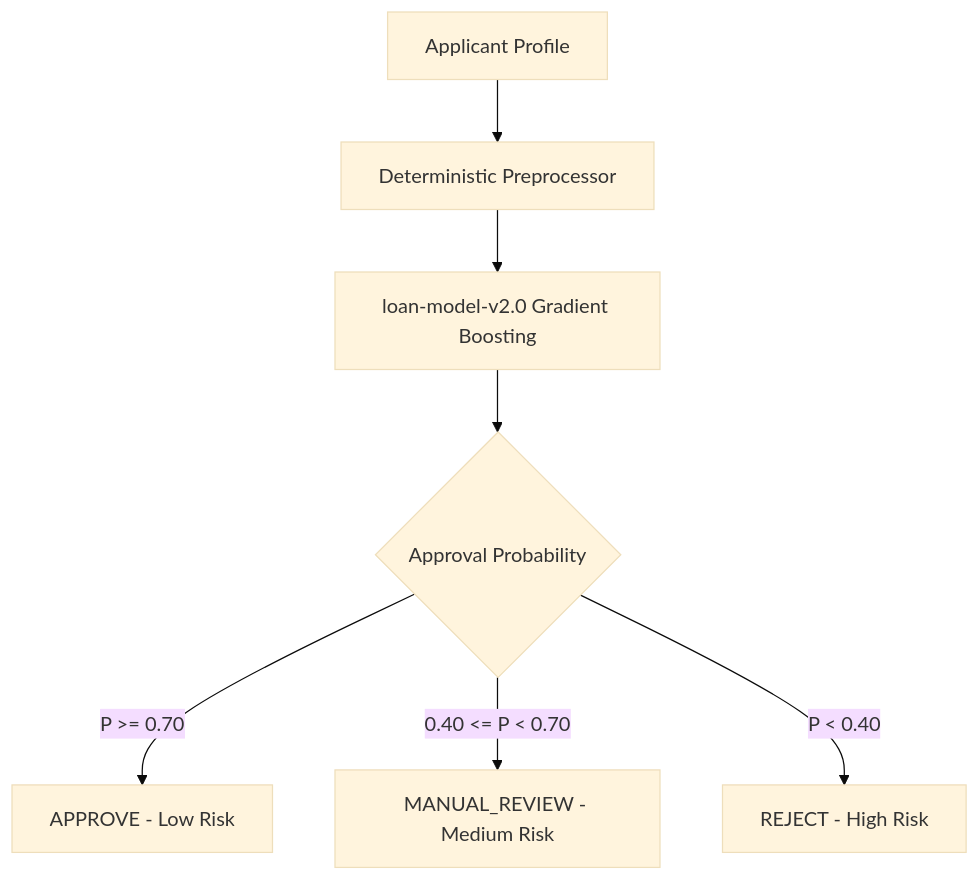
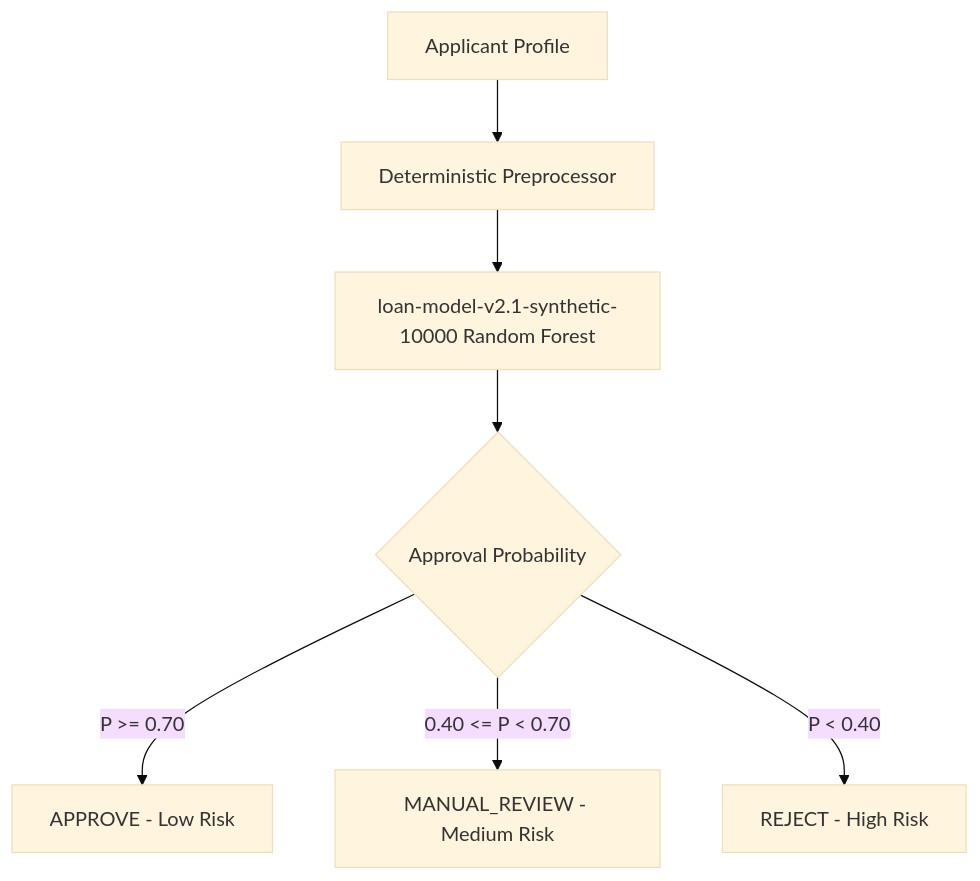
The diagram in docs/MODEL_EXPLAINABILITY.md (himanshu-sharma27/CrediWise), drawn with Mermaid (base theme) before and after one commit. The commit also changed other lines of this file and 32 other files, not shown here.

````diff
--- a/docs/MODEL_EXPLAINABILITY.md
+++ b/docs/MODEL_EXPLAINABILITY.md
@@ -59,9 +61,9 @@
 ```mermaid
 graph TD
     A[Applicant Profile] --> B[Deterministic Preprocessor]
-    B --> C[loan-model-v2.0 Gradient Boosting]
+    B --> C[loan-model-v2.1-synthetic-10000 Random Forest]
     C --> D{Approval Probability}
     D -->|P >= 0.70| E[APPROVE - Low Risk]
     D -->|0.40 <= P < 0.70| F[MANUAL_REVIEW - Medium Risk]
     D -->|P < 0.40| G[REJECT - High Risk]
 ```
````
